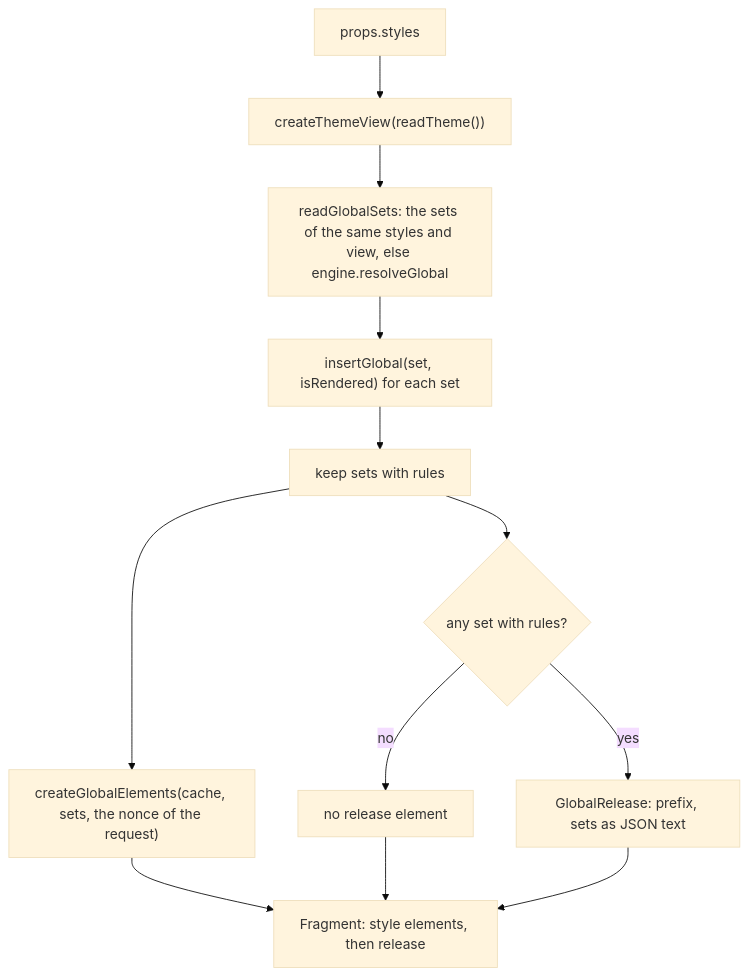
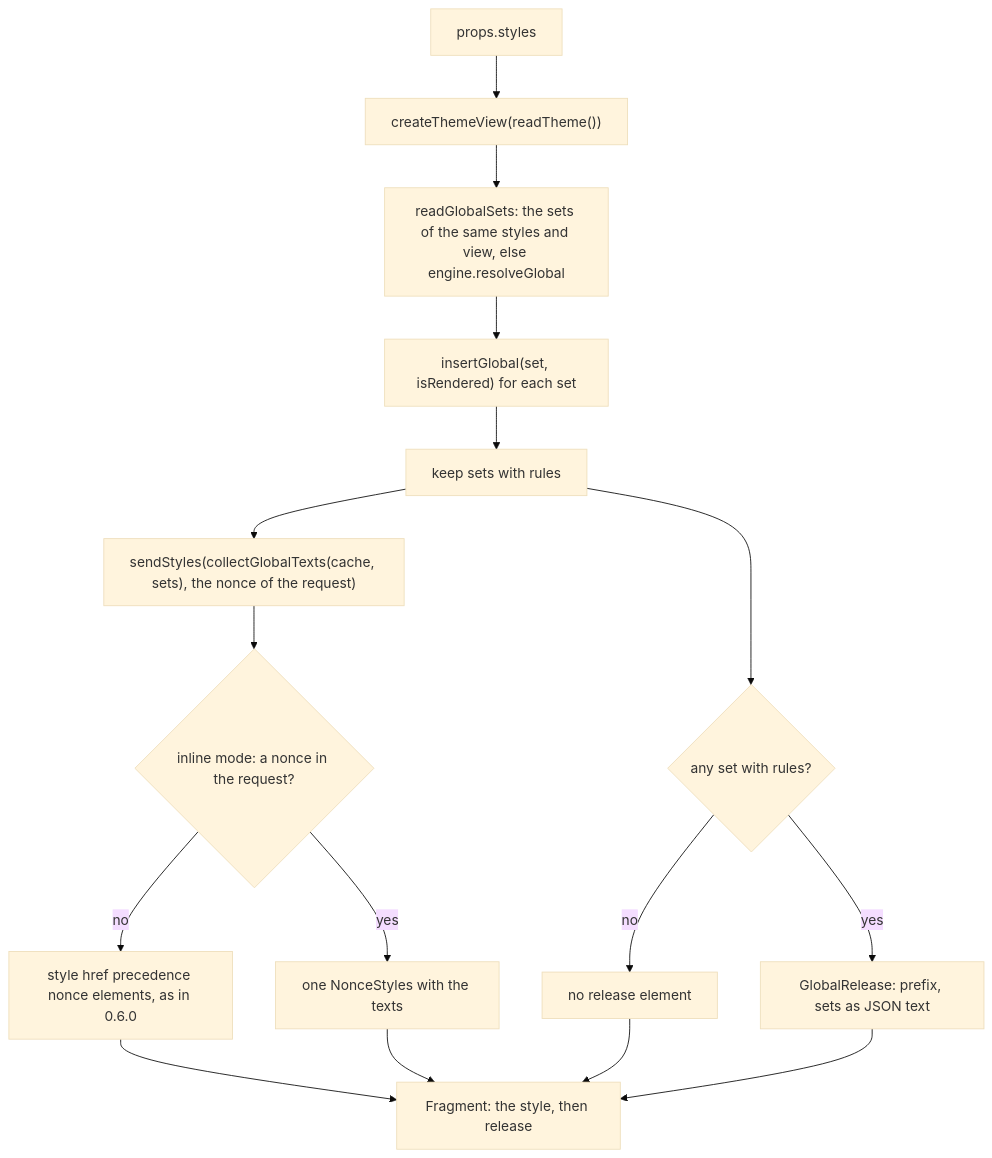
Before and after one commit to soroush-tech/umber-style: the diagram in packages/react/src/Global.server.md, drawn with Mermaid (base theme). The commit also changed other lines of this file and 67 other files, not shown here.

Commit message:
feat: a page of server components keeps its styles under a strict nonce policy on Next.js, from a source or a fixed nonce, and a warm render does not redo the value repair and style elements of classes it has - close #66, close #68

````diff
--- a/packages/react/src/Global.server.md
+++ b/packages/react/src/Global.server.md
@@ -20,14 +21,18 @@
 ```mermaid
 flowchart TD
   styles["props.styles"] --> view["createThemeView(readTheme())"]
   view --> resolve["readGlobalSets: the sets of the same styles and view, else engine.resolveGlobal"]
   resolve --> each["insertGlobal(set, isRendered) for each set"]
   each --> filter["keep sets with rules"]
   filter --> any{"any set with rules?"}
   any -->|no| noRelease["no release element"]
   any -->|yes| release["GlobalRelease: prefix, sets as JSON text"]
-  filter --> els["createGlobalElements(cache, sets, the nonce of the request)"]
-  els --> frag["Fragment: style elements, then release"]
-  noRelease --> frag
+  filter --> els["sendStyles(collectGlobalTexts(cache, sets), the nonce of the request)"]
+  els --> inline{"inline mode: a nonce in the request?"}
+  inline -->|no| hoisted["style href precedence nonce elements, as in 0.6.0"]
+  inline -->|yes| nonceStyles["one NonceStyles with the texts"]
+  hoisted --> frag
+  nonceStyles --> frag
+  noRelease --> frag["Fragment: the style, then release"]
   release --> frag
 ```
````
